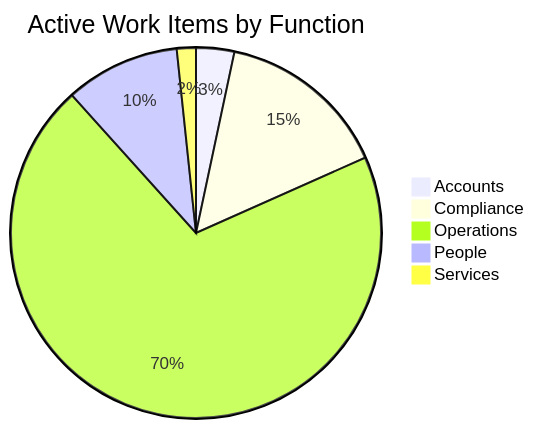
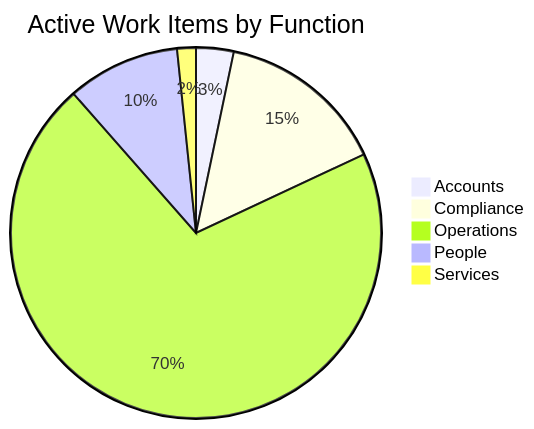
Before and after one commit to mgosal/5et.uk: the first of 3 diagrams in dashboard.md, drawn with Mermaid. The commit also changed other lines of this file and 3 other files, not shown here.

````diff
--- a/dashboard.md
+++ b/dashboard.md
@@ -220,8 +196,8 @@
 ```mermaid
 pie title Active Work Items by Function
     "Accounts" : 2
     "Compliance" : 9
-    "Operations" : 42
+    "Operations" : 43
     "People" : 6
     "Services" : 1
 ```
````
